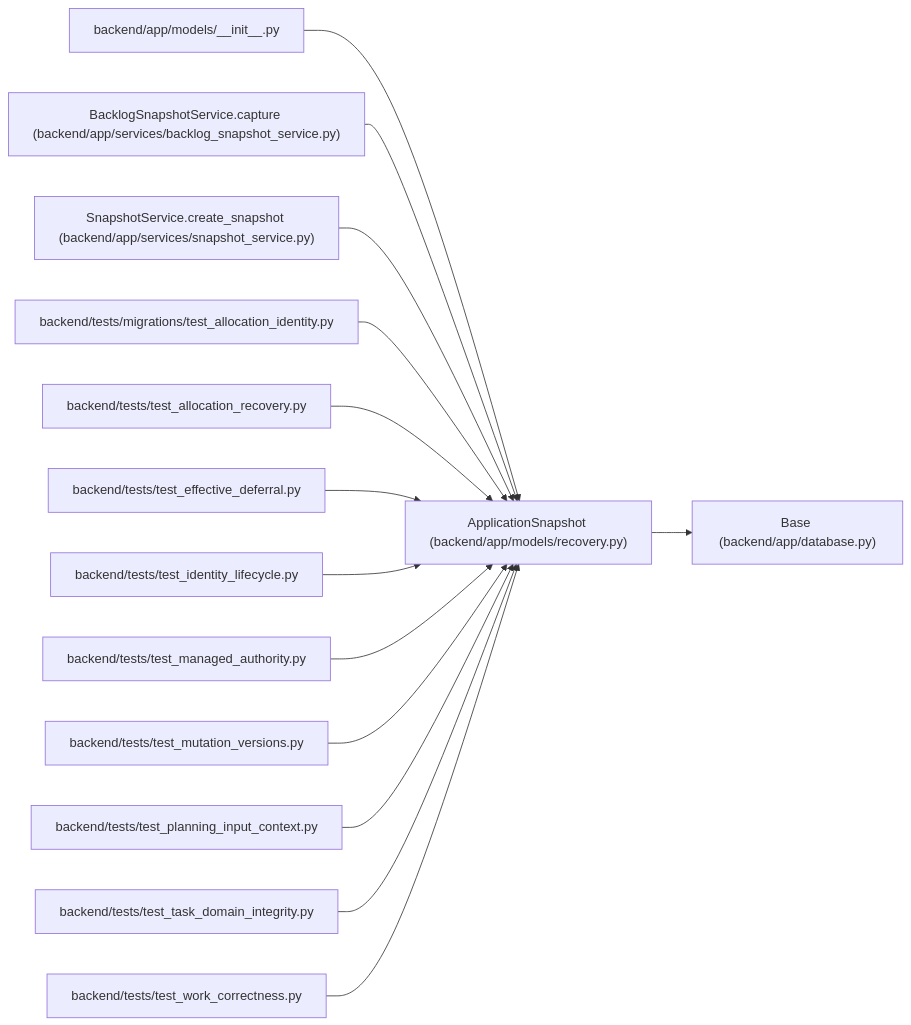
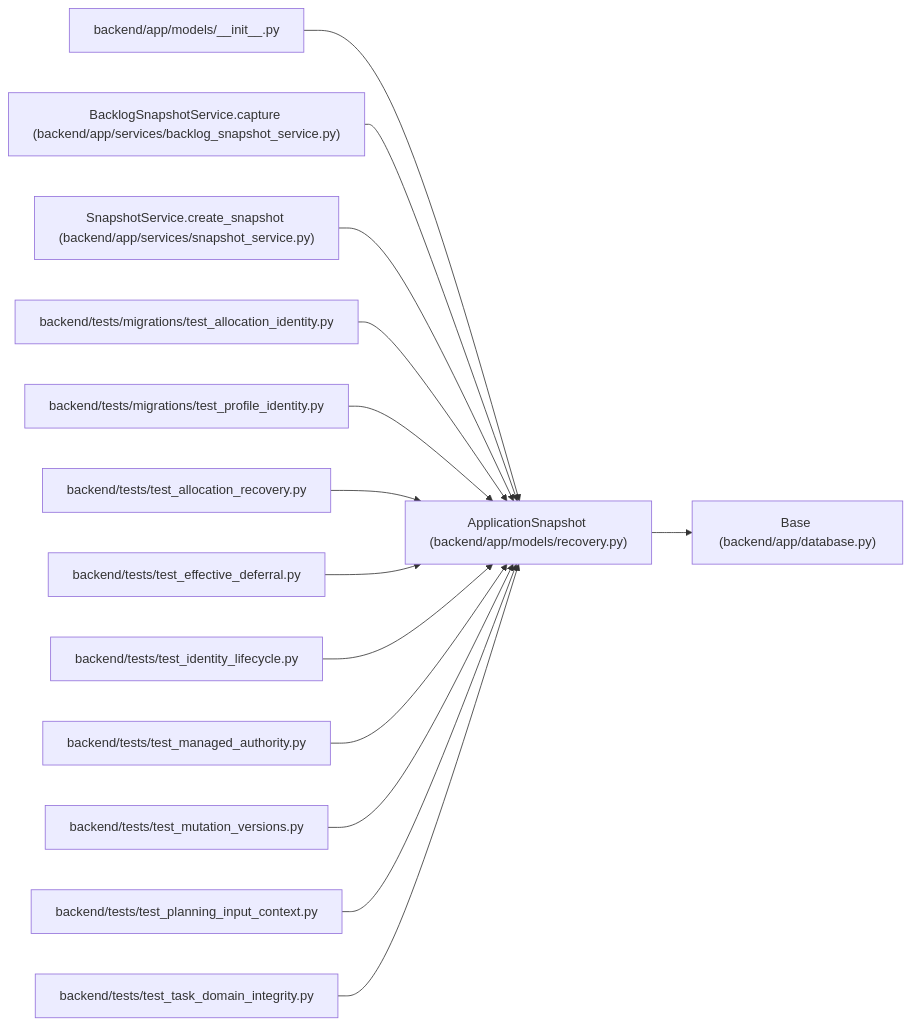
Before and after one commit to Denissvgn/WorkChord: the diagram in docs/llm_wiki/entities/ApplicationSnapshot.md, drawn with Mermaid. The commit also changed other lines of this file and 383 other files, not shown here.

````diff
--- a/docs/llm_wiki/entities/ApplicationSnapshot.md
+++ b/docs/llm_wiki/entities/ApplicationSnapshot.md
@@ -37,44 +37,44 @@
 ```mermaid
 flowchart LR
     n0["ApplicationSnapshot (backend/app/models/recovery.py)"]
     n1["Base (backend/app/database.py)"]
     n2["backend/app/models/__init__.py"]
     n3["BacklogSnapshotService.capture (backend/app/services/backlog_snapshot_service.py)"]
     n4["SnapshotService.create_snapshot (backend/app/services/snapshot_service.py)"]
     n5["backend/tests/migrations/test_allocation_identity.py"]
-    n6["backend/tests/test_allocation_recovery.py"]
-    n7["backend/tests/test_effective_deferral.py"]
-    n8["backend/tests/test_identity_lifecycle.py"]
-    n9["backend/tests/test_managed_authority.py"]
-    n10["backend/tests/test_mutation_versions.py"]
-    n11["backend/tests/test_planning_input_context.py"]
-    n12["backend/tests/test_task_domain_integrity.py"]
-    n13["backend/tests/test_work_correctness.py"]
+    n6["backend/tests/migrations/test_profile_identity.py"]
+    n7["backend/tests/test_allocation_recovery.py"]
+    n8["backend/tests/test_effective_deferral.py"]
+    n9["backend/tests/test_identity_lifecycle.py"]
+    n10["backend/tests/test_managed_authority.py"]
+    n11["backend/tests/test_mutation_versions.py"]
+    n12["backend/tests/test_planning_input_context.py"]
+    n13["backend/tests/test_task_domain_integrity.py"]
     n0 --> n1
     n2 --> n0
     n3 --> n0
     n4 --> n0
     n5 --> n0
     n6 --> n0
     n7 --> n0
     n8 --> n0
     n9 --> n0
     n10 --> n0
     n11 --> n0
     n12 --> n0
     n13 --> n0
     click n0 "../modules/recovery.md"
     click n1 "../modules/app_database.md"
     click n2 "../modules/models___init__.md"
     click n3 "../modules/backlog_snapshot_service.md"
     click n4 "../modules/snapshot_service.md"
     click n5 "../modules/test_allocation_identity.md"
-    click n6 "../modules/test_allocation_recovery.md"
-    click n7 "../modules/test_effective_deferral.md"
-    click n8 "../modules/test_identity_lifecycle.md"
-    click n9 "../modules/test_managed_authority.md"
-    click n10 "../modules/test_mutation_versions.md"
-    click n11 "../modules/test_planning_input_context.md"
-    click n12 "../modules/test_task_domain_integrity.md"
-    click n13 "../modules/test_work_correctness.md"
+    click n6 "../modules/test_profile_identity.md"
+    click n7 "../modules/test_allocation_recovery.md"
+    click n8 "../modules/test_effective_deferral.md"
+    click n9 "../modules/test_identity_lifecycle.md"
+    click n10 "../modules/test_managed_authority.md"
+    click n11 "../modules/test_mutation_versions.md"
+    click n12 "../modules/test_planning_input_context.md"
+    click n13 "../modules/test_task_domain_integrity.md"
 ```
````
